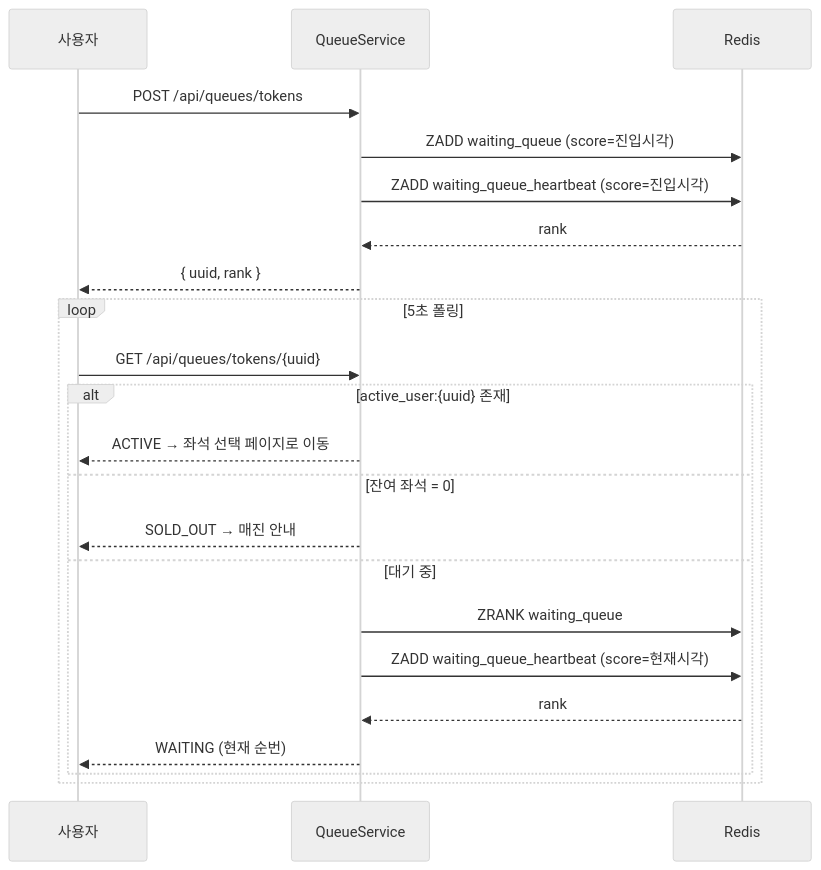
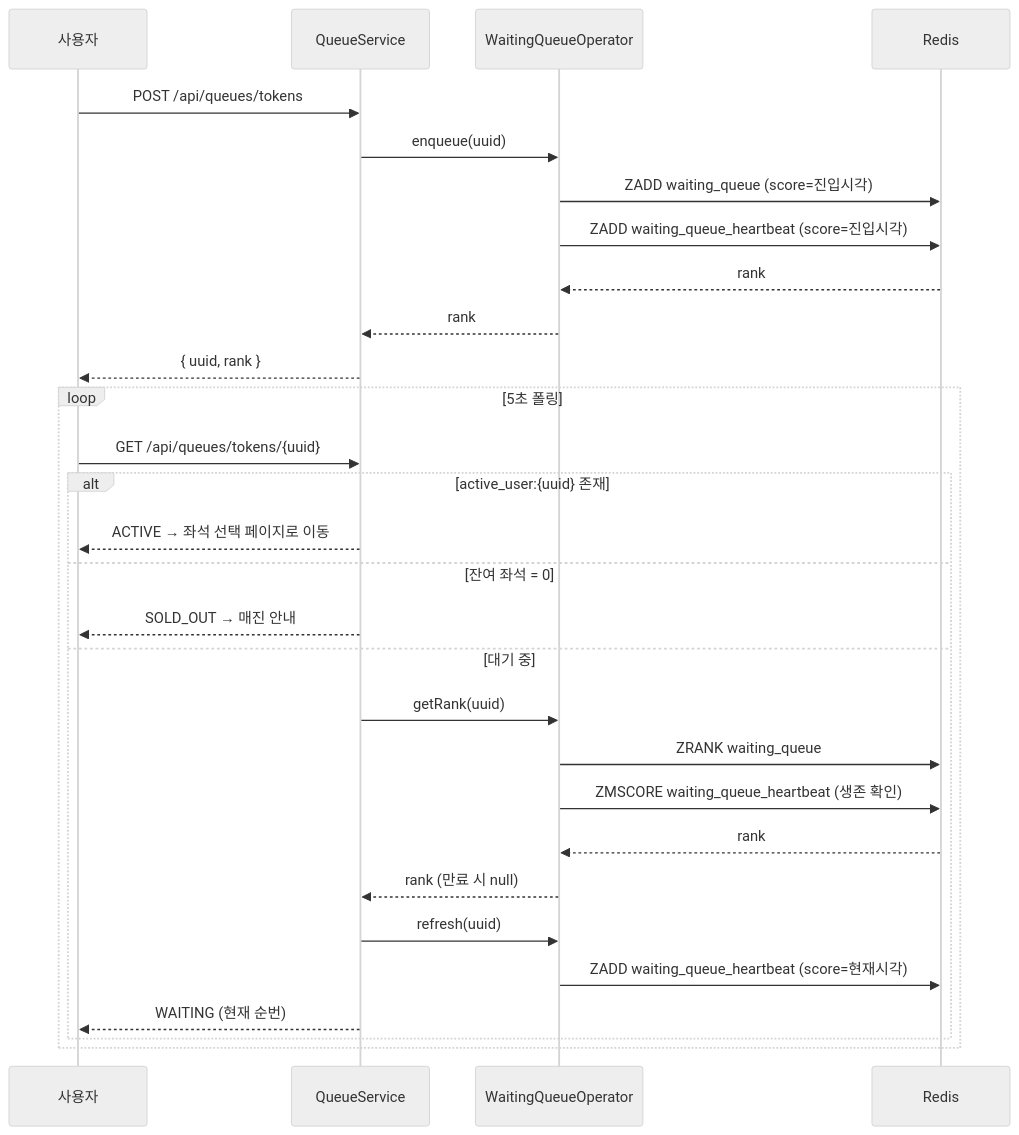
One commit to irnd04/zticket changed the second of 7 diagrams in README.md. Above: the diagram before and after it, drawn with Mermaid (neutral theme). The commit also changed other lines of this file, not shown here.

First line of the commit message:
docs: README 다이어그램에 WaitingQueueOperator 반영

````diff
--- a/README.md
+++ b/README.md
@@ -74,26 +74,33 @@
 ```mermaid
 sequenceDiagram
     participant U as 사용자
     participant Q as QueueService
+    participant O as WaitingQueueOperator
     participant R as Redis
 
     U->>Q: POST /api/queues/tokens
-    Q->>R: ZADD waiting_queue (score=진입시각)
-    Q->>R: ZADD waiting_queue_heartbeat (score=진입시각)
-    R-->>Q: rank
+    Q->>O: enqueue(uuid)
+    O->>R: ZADD waiting_queue (score=진입시각)
+    O->>R: ZADD waiting_queue_heartbeat (score=진입시각)
+    R-->>O: rank
+    O-->>Q: rank
     Q-->>U: { uuid, rank }
 
     loop 5초 폴링
         U->>Q: GET /api/queues/tokens/{uuid}
         alt active_user:{uuid} 존재
             Q-->>U: ACTIVE → 좌석 선택 페이지로 이동
         else 잔여 좌석 = 0
             Q-->>U: SOLD_OUT → 매진 안내
         else 대기 중
-            Q->>R: ZRANK waiting_queue
-            Q->>R: ZADD waiting_queue_heartbeat (score=현재시각)
-            R-->>Q: rank
+            Q->>O: getRank(uuid)
+            O->>R: ZRANK waiting_queue
+            O->>R: ZMSCORE waiting_queue_heartbeat (생존 확인)
+            R-->>O: rank
+            O-->>Q: rank (만료 시 null)
+            Q->>O: refresh(uuid)
+            O->>R: ZADD waiting_queue_heartbeat (score=현재시각)
             Q-->>U: WAITING (현재 순번)
         end
     end
 ```
````
